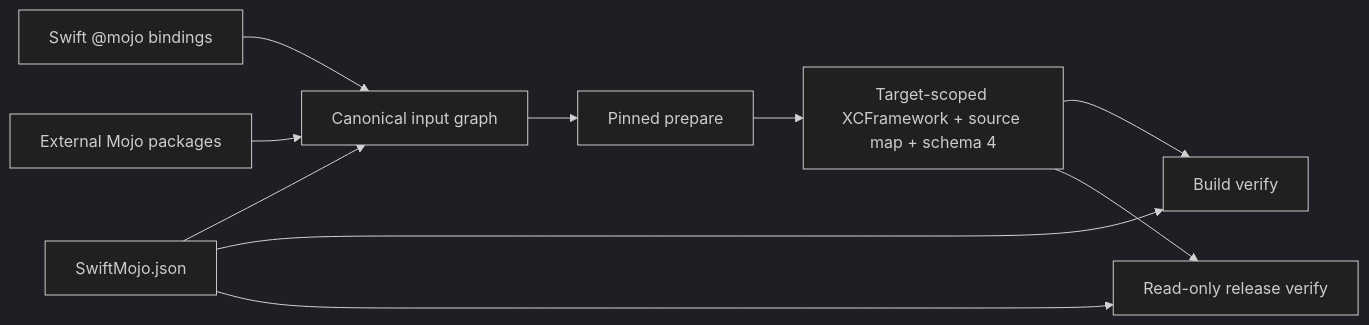
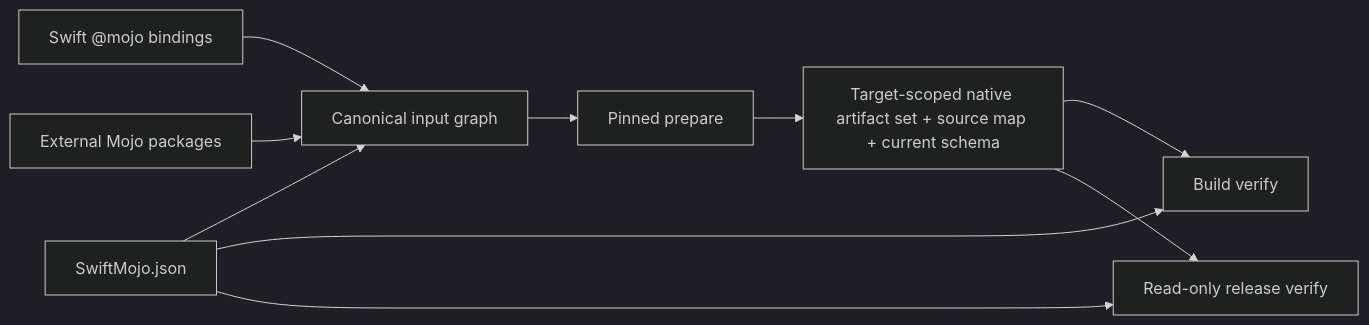
Before and after one commit to 1amageek/swift-mojo: the diagram in docs/ADR-0003-RELEASE-ARTIFACT-SETS.md, drawn with Mermaid (dark theme). The commit also changed other lines of this file and 96 other files, not shown here.

````diff
--- a/docs/ADR-0003-RELEASE-ARTIFACT-SETS.md
+++ b/docs/ADR-0003-RELEASE-ARTIFACT-SETS.md
@@ -27,12 +27,12 @@
 ```mermaid
 flowchart LR
     C["SwiftMojo.json"] --> G["Canonical input graph"]
     S["Swift @mojo bindings"] --> G
     M["External Mojo packages"] --> G
     G --> P["Pinned prepare"]
-    P --> A["Target-scoped XCFramework + source map + schema 4"]
+    P --> A["Target-scoped native artifact set + source map + current schema"]
     A --> B["Build verify"]
     A --> R["Read-only release verify"]
     C --> B
     C --> R
 ```
````
